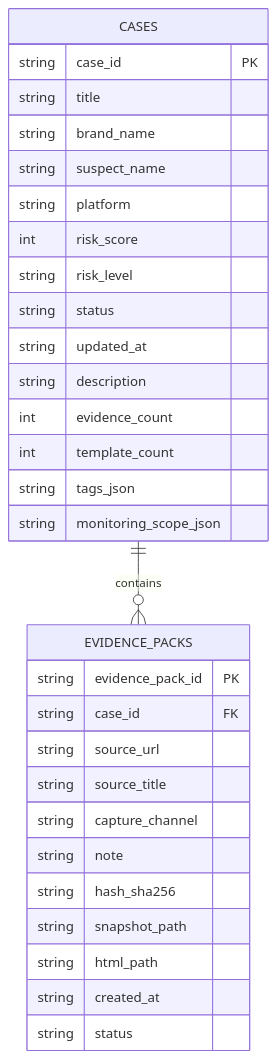
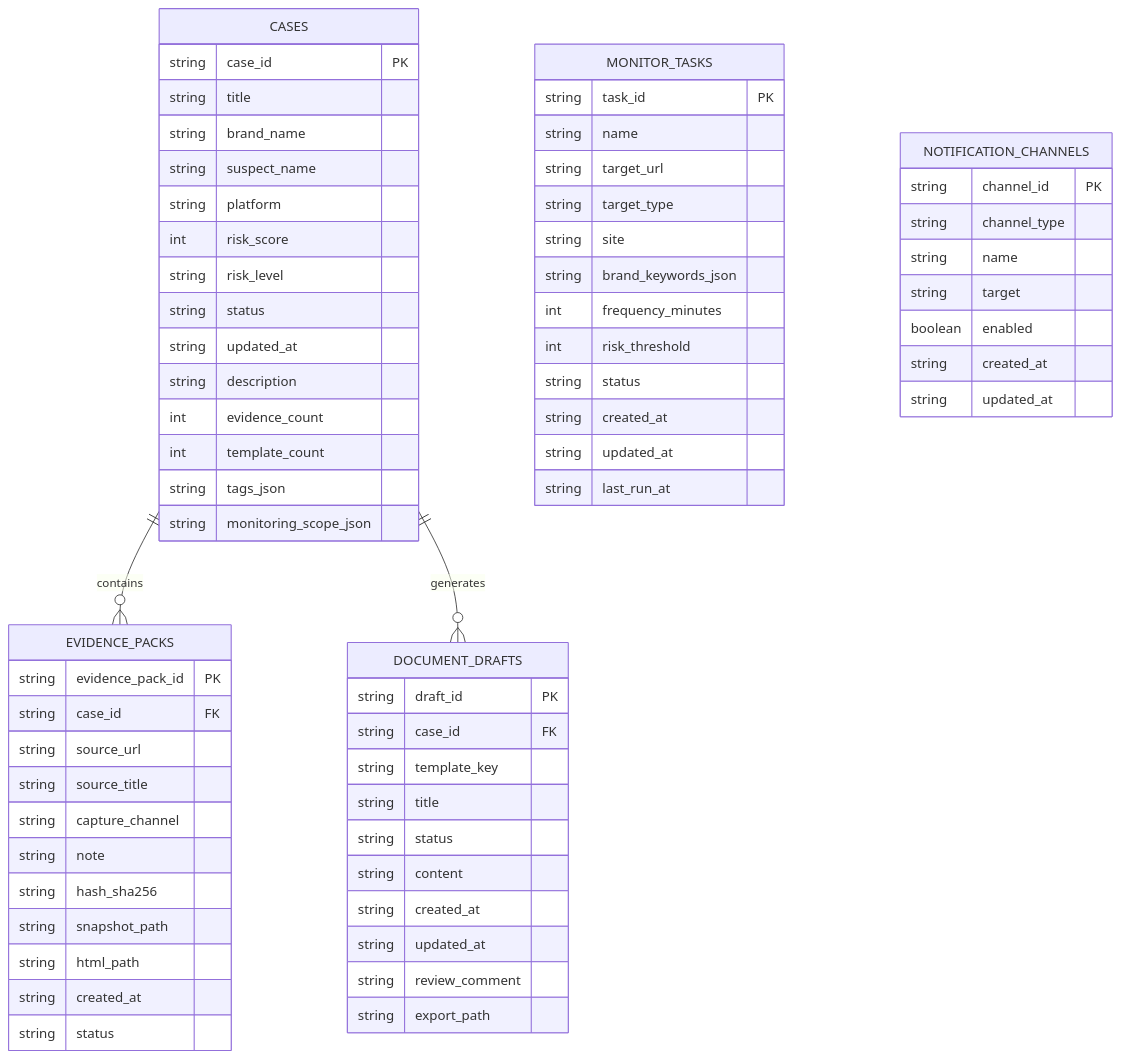
One commit to Keith9922/zhenzhengge changed the first of 2 diagrams in docs/zhenzhengge-database-schema.md. Above: the diagram before and after it, drawn with Mermaid. The commit also changed other lines of this file and 5 other files, not shown here.

Commit message:
docs: align delivery docs with implemented workspace flows

````diff
--- a/docs/zhenzhengge-database-schema.md
+++ b/docs/zhenzhengge-database-schema.md
@@ -30,35 +33,74 @@
 ```mermaid
 erDiagram
     CASES ||--o{ EVIDENCE_PACKS : contains
+    CASES ||--o{ DOCUMENT_DRAFTS : generates
 
     CASES {
         string case_id PK
         string title
         string brand_name
         string suspect_name
         string platform
         int risk_score
         string risk_level
         string status
         string updated_at
         string description
         int evidence_count
         int template_count
         string tags_json
         string monitoring_scope_json
     }
 
     EVIDENCE_PACKS {
         string evidence_pack_id PK
         string case_id FK
         string source_url
         string source_title
         string capture_channel
         string note
         string hash_sha256
         string snapshot_path
         string html_path
         string created_at
         string status
     }
+
+    DOCUMENT_DRAFTS {
+        string draft_id PK
+        string case_id FK
+        string template_key
+        string title
+        string status
+        string content
+        string created_at
+        string updated_at
+        string review_comment
+        string export_path
+    }
+
+    MONITOR_TASKS {
+        string task_id PK
+        string name
+        string target_url
+        string target_type
+        string site
+        string brand_keywords_json
+        int frequency_minutes
+        int risk_threshold
+        string status
+        string created_at
+        string updated_at
+        string last_run_at
+    }
+
+    NOTIFICATION_CHANNELS {
+        string channel_id PK
+        string channel_type
+        string name
+        string target
+        boolean enabled
+        string created_at
+        string updated_at
+    }
 ```
````
